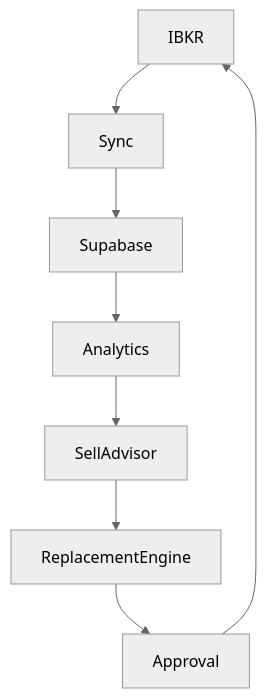
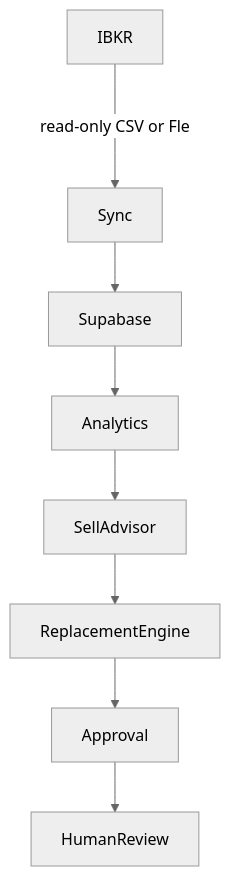
The diagram in docs/pip/ARCHITECTURE.md (aksamuel/StockScanner), drawn with Mermaid (neutral theme) before and after one commit. The commit also changed other lines of this file and 28 other files, not shown here.

Commit message:
Add multi-user IBKR Flex sync

````diff
--- a/docs/pip/ARCHITECTURE.md
+++ b/docs/pip/ARCHITECTURE.md
@@ -52,10 +52,10 @@
 ```mermaid
 graph TD
-IBKR-->Sync
+IBKR--read-only CSV or Flex-->Sync
 Sync-->Supabase
 Supabase-->Analytics
 Analytics-->SellAdvisor
 SellAdvisor-->ReplacementEngine
 ReplacementEngine-->Approval
-Approval-->IBKR
+Approval-->HumanReview
 ```
````
